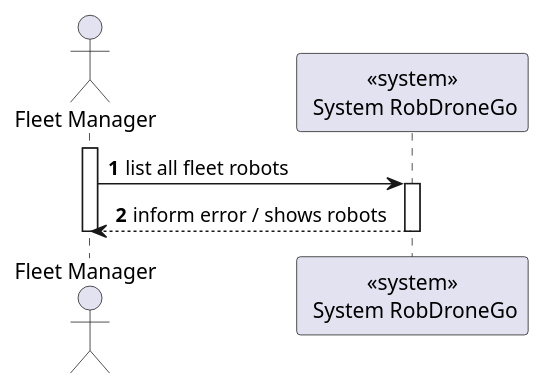
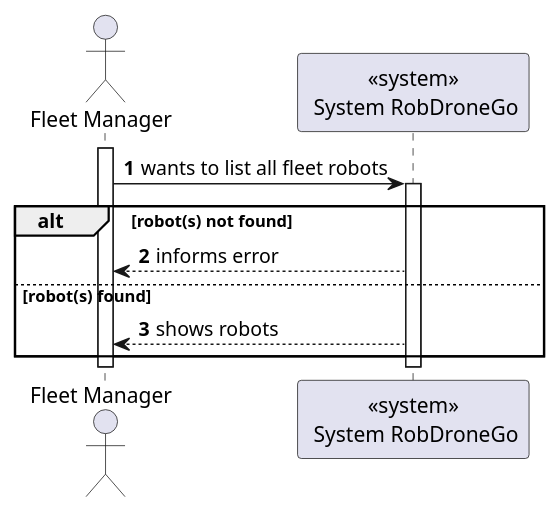
The diagram in docs/us1030/level1/process-view.puml (Departamento-de-Engenharia-Informatica/lapr5-23-24-g19), drawn with PlantUML before and after one commit. The commit also changed 11 other files, not shown here.

```diff
--- a/docs/us1030/level1/process-view.puml
+++ b/docs/us1030/level1/process-view.puml
@@ -1,17 +1,23 @@
 @startuml
 autonumber
 
 actor "Fleet Manager" as usr
 
 participant "<<system>>\n System RobDroneGo" as sys
 
 activate usr
-    usr -> sys : list all fleet robots
+    usr -> sys : wants to list all fleet robots
     activate sys
-        sys --> usr : inform error / shows robots
+
+    alt robot(s) not found
+        sys --> usr: informs error
+    else robot(s) found
+        sys --> usr : shows robots
+
+    end
     deactivate sys
 
 
 deactivate usr
 
 @enduml
```
